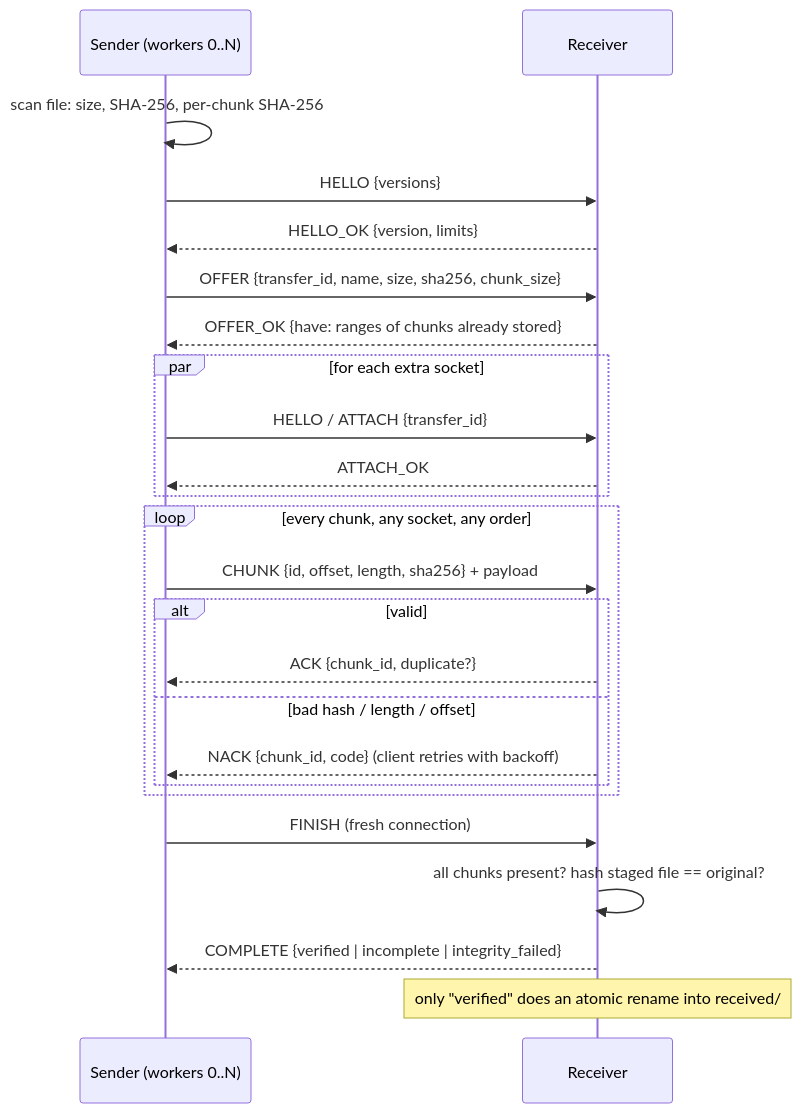
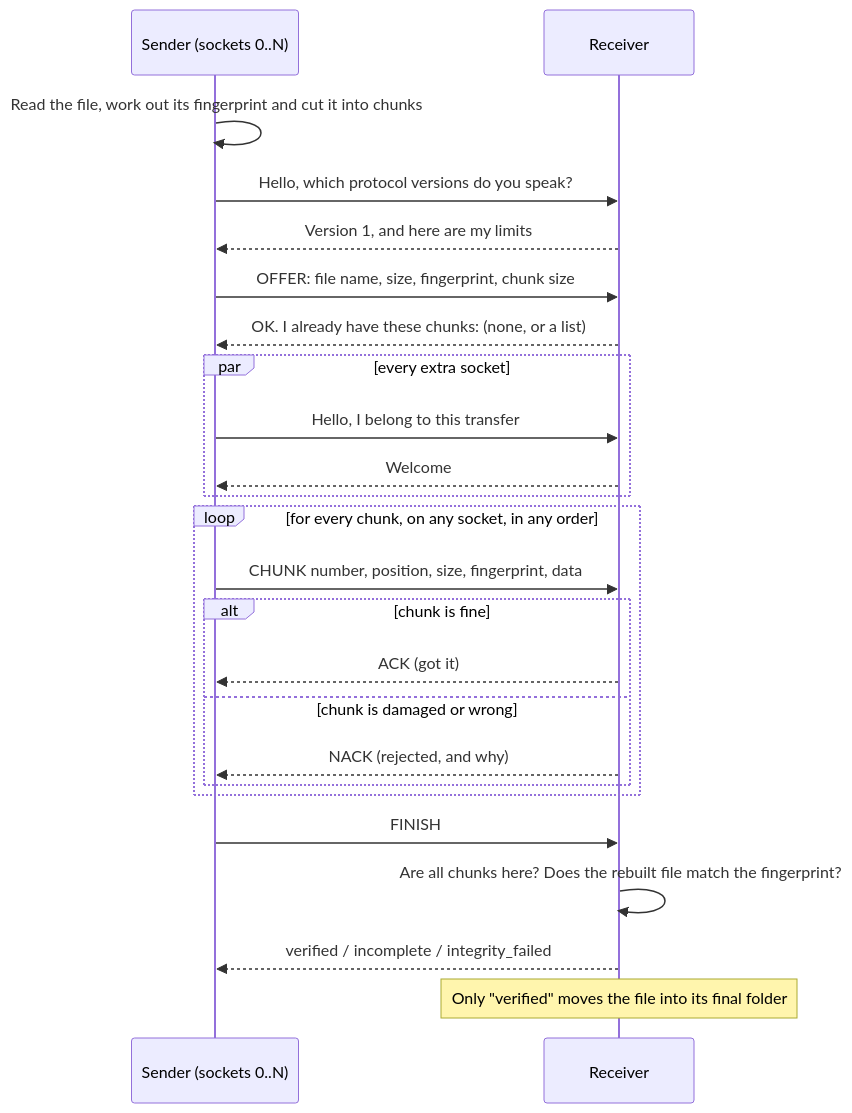
The second of 2 diagrams in README.md (Anmolgbt/CN-project), drawn with Mermaid before and after one commit. The commit also changed other lines of this file and 28 other files, not shown here.

````diff
--- a/README.md
+++ b/README.md
@@ -116,26 +234,26 @@
 ```mermaid
 sequenceDiagram
-  participant C as Sender (workers 0..N)
+  participant C as Sender (sockets 0..N)
   participant S as Receiver
-  C->>C: scan file: size, SHA-256, per-chunk SHA-256
-  C->>S: HELLO {versions}
-  S-->>C: HELLO_OK {version, limits}
-  C->>S: OFFER {transfer_id, name, size, sha256, chunk_size}
-  S-->>C: OFFER_OK {have: ranges of chunks already stored}
-  par for each extra socket
-    C->>S: HELLO / ATTACH {transfer_id}
-    S-->>C: ATTACH_OK
+  C->>C: Read the file, work out its fingerprint and cut it into chunks
+  C->>S: Hello, which protocol versions do you speak?
+  S-->>C: Version 1, and here are my limits
+  C->>S: OFFER: file name, size, fingerprint, chunk size
+  S-->>C: OK. I already have these chunks: (none, or a list)
+  par every extra socket
+    C->>S: Hello, I belong to this transfer
+    S-->>C: Welcome
   end
-  loop every chunk, any socket, any order
-    C->>S: CHUNK {id, offset, length, sha256} + payload
-    alt valid
-      S-->>C: ACK {chunk_id, duplicate?}
-    else bad hash / length / offset
-      S-->>C: NACK {chunk_id, code}  (client retries with backoff)
+  loop for every chunk, on any socket, in any order
+    C->>S: CHUNK number, position, size, fingerprint, data
+    alt chunk is fine
+      S-->>C: ACK (got it)
+    else chunk is damaged or wrong
+      S-->>C: NACK (rejected, and why)
     end
   end
-  C->>S: FINISH (fresh connection)
-  S->>S: all chunks present? hash staged file == original?
-  S-->>C: COMPLETE {verified | incomplete | integrity_failed}
-  Note over S: only "verified" does an atomic rename into received/
+  C->>S: FINISH
+  S->>S: Are all chunks here? Does the rebuilt file match the fingerprint?
+  S-->>C: verified / incomplete / integrity_failed
+  Note over S: Only "verified" moves the file into its final folder
 ```
````
